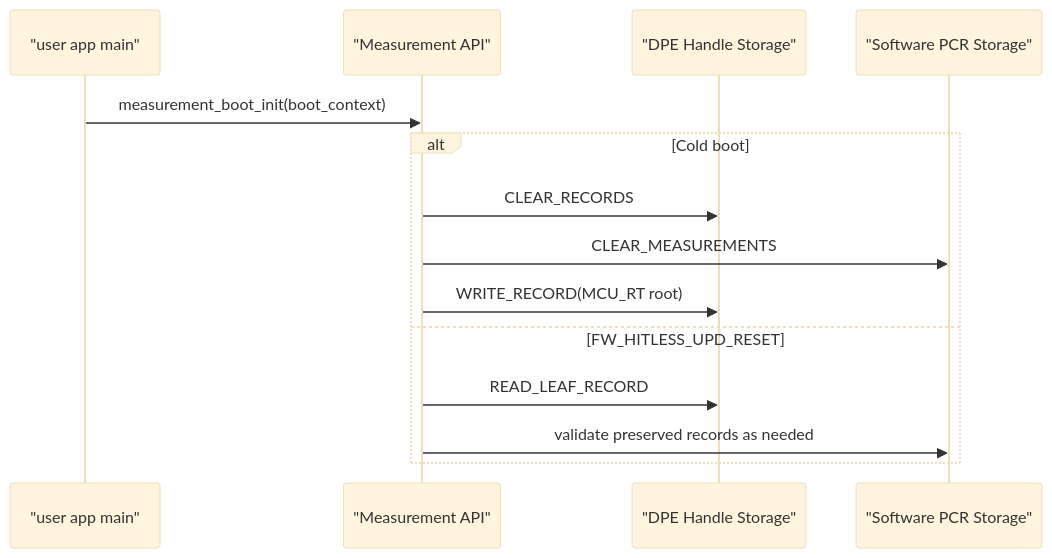
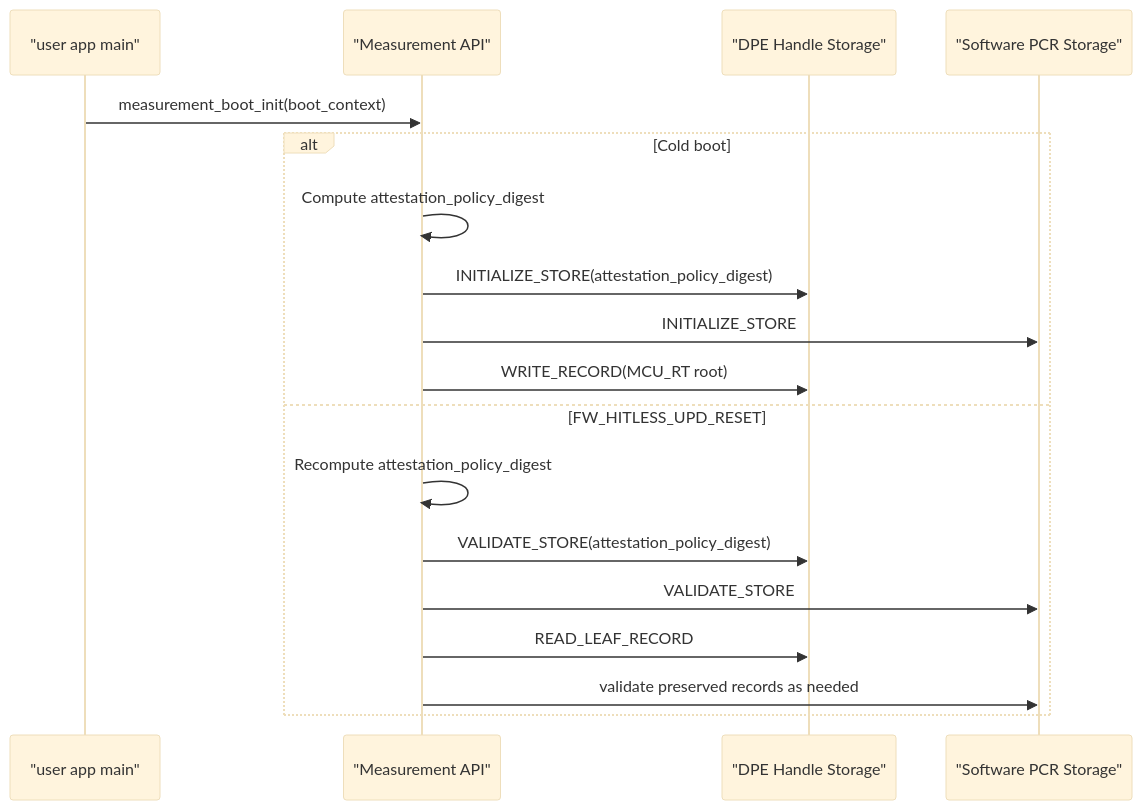
Before and after one commit to chipsalliance/caliptra-mcu-sw: the fourth of 4 diagrams in docs/src/attestation-tock-capsules.md, drawn with Mermaid (base theme). The commit also changed other lines of this file and 2 other files, not shown here.

Commit message:
Clarify attestation policy and DPE handle model

````diff
--- a/docs/src/attestation-tock-capsules.md
+++ b/docs/src/attestation-tock-capsules.md
@@ -356,17 +381,21 @@
 ```mermaid
 sequenceDiagram
     participant Main as "user app main"
     participant MApi as "Measurement API"
     participant Dpe as "DPE Handle Storage"
     participant Pcr as "Software PCR Storage"
 
     Main->>MApi: measurement_boot_init(boot_context)
     alt Cold boot
-        MApi->>Dpe: CLEAR_RECORDS
-        MApi->>Pcr: CLEAR_MEASUREMENTS
+        MApi->>MApi: Compute attestation_policy_digest
+        MApi->>Dpe: INITIALIZE_STORE(attestation_policy_digest)
+        MApi->>Pcr: INITIALIZE_STORE
         MApi->>Dpe: WRITE_RECORD(MCU_RT root)
     else FW_HITLESS_UPD_RESET
+        MApi->>MApi: Recompute attestation_policy_digest
+        MApi->>Dpe: VALIDATE_STORE(attestation_policy_digest)
+        MApi->>Pcr: VALIDATE_STORE
         MApi->>Dpe: READ_LEAF_RECORD
         MApi->>Pcr: validate preserved records as needed
     end
 ```
````
